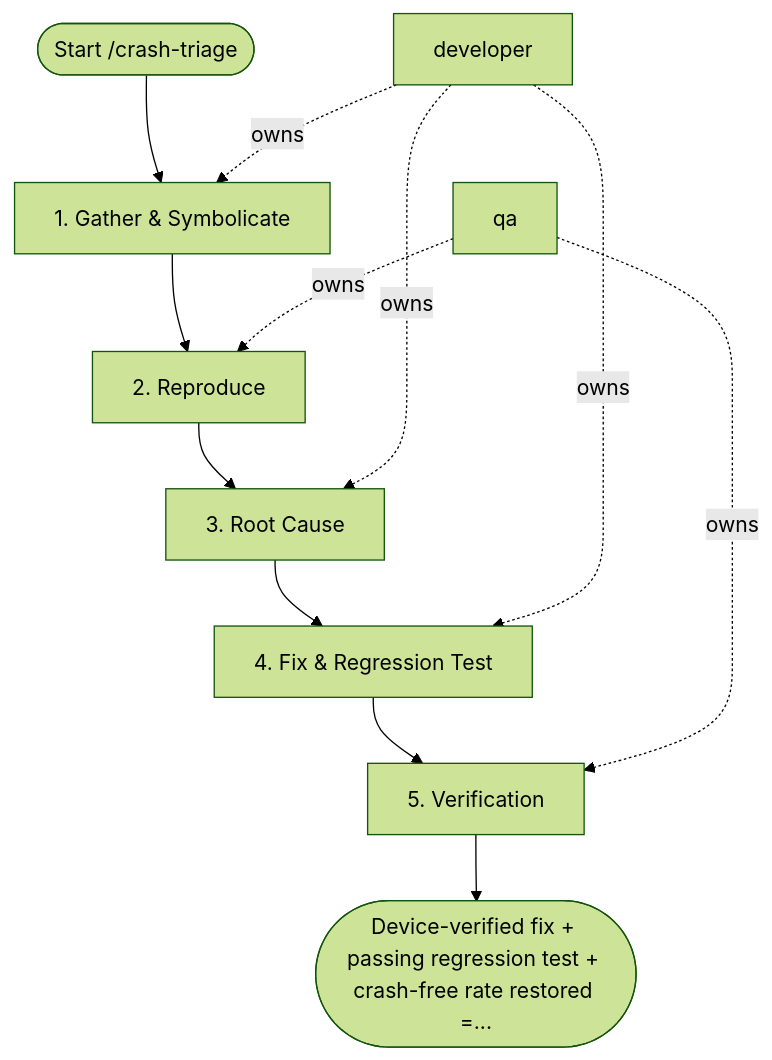
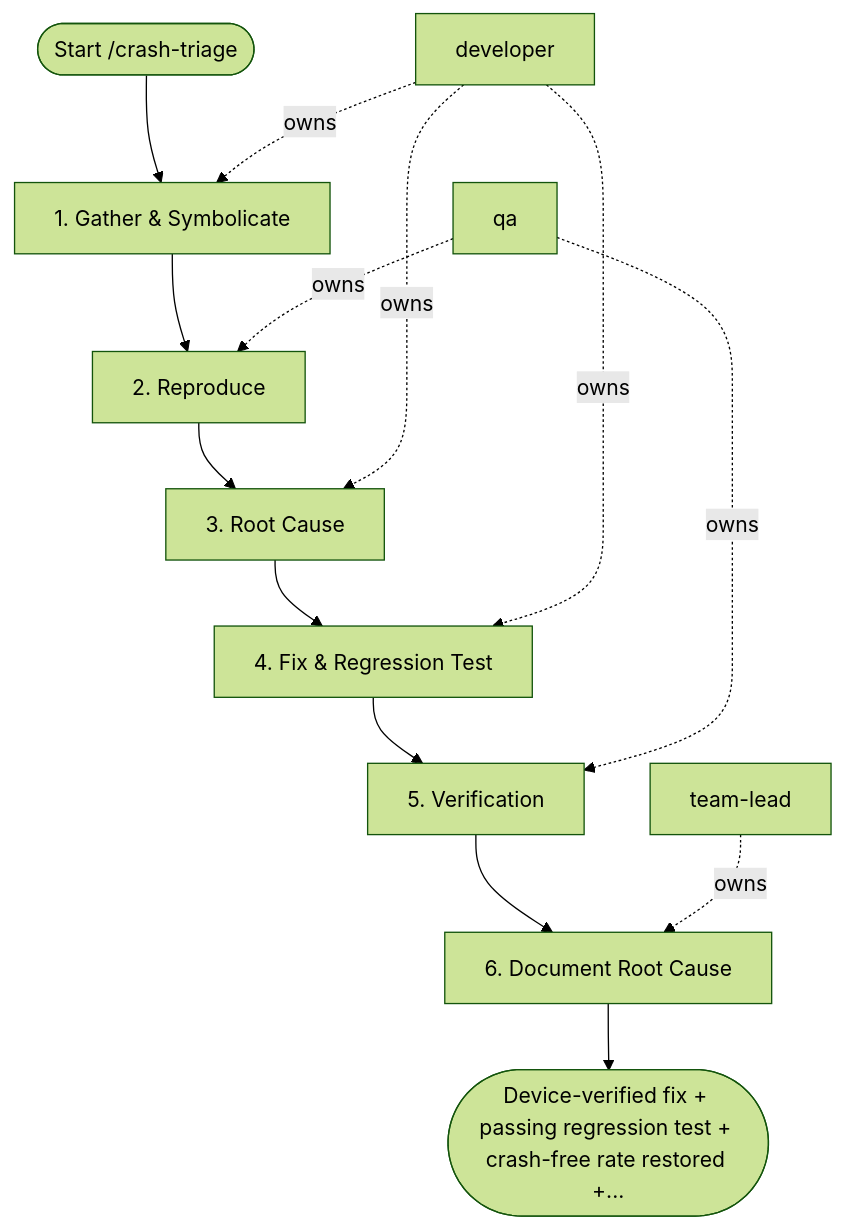
Before and after one commit to sawrus/agent-guides: the diagram in areas/software/mobile/workflows/crash-triage.md, drawn with Mermaid (forest theme). The commit also changed other lines of this file and 88 other files, not shown here.

````diff
--- a/areas/software/mobile/workflows/crash-triage.md
+++ b/areas/software/mobile/workflows/crash-triage.md
@@ -65,23 +71,27 @@
 ```mermaid
 flowchart TD
   start(["Start /crash-triage"])
   role_1["developer"]
   role_2["qa"]
+  role_3["team-lead"]
   step_1["1. Gather & Symbolicate"]
   step_2["2. Reproduce"]
   step_3["3. Root Cause"]
   step_4["4. Fix & Regression Test"]
   step_5["5. Verification"]
-  exit(["Device-verified fix + passing regression test + crash-free rate restored =..."])
+  step_6["6. Document Root Cause"]
+  exit(["Device-verified fix + passing regression test + crash-free rate restored +..."])
   start --> step_1
   step_1 --> step_2
   step_2 --> step_3
   step_3 --> step_4
   step_4 --> step_5
-  step_5 --> exit
+  step_5 --> step_6
+  step_6 --> exit
   role_1 -. owns .-> step_1
   role_2 -. owns .-> step_2
   role_1 -. owns .-> step_3
   role_1 -. owns .-> step_4
   role_2 -. owns .-> step_5
+  role_3 -. owns .-> step_6
 ```
````
